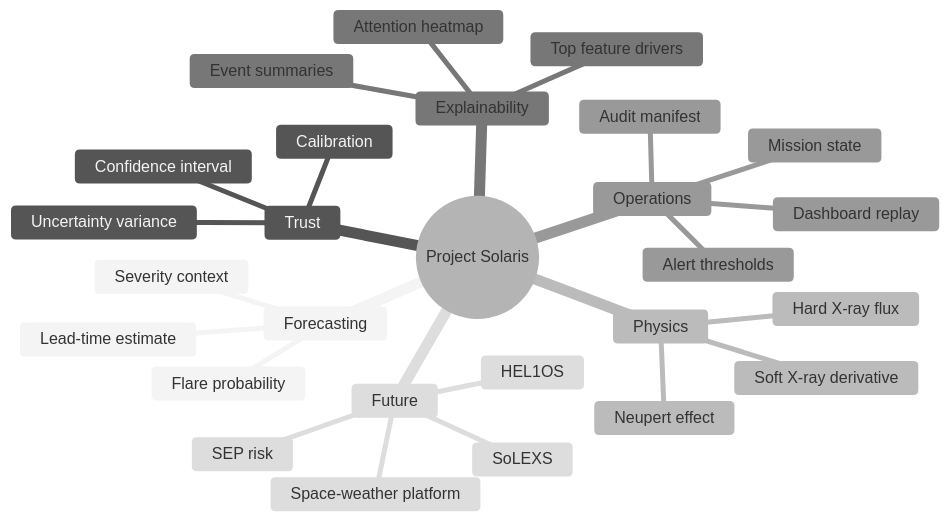
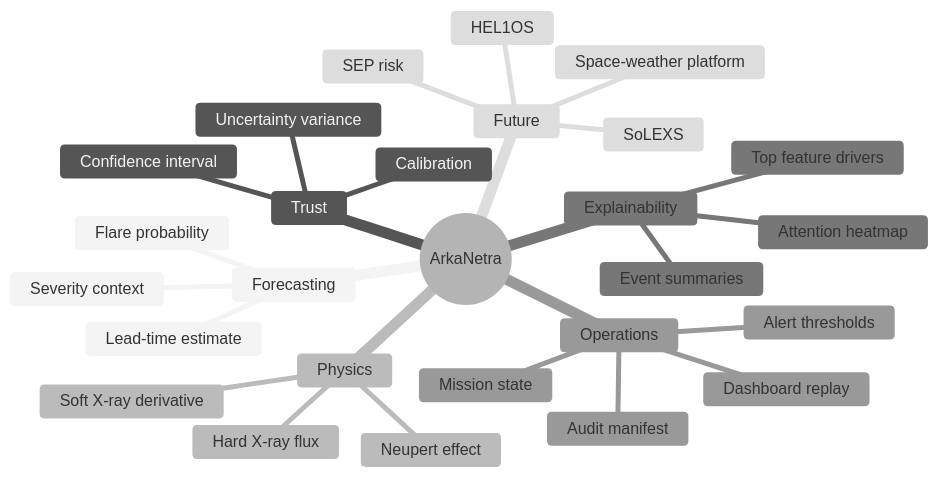
Diagram 13 of 13 in explanation.md (RavaniRoshan/arka-netra), drawn with Mermaid (neutral theme) before and after one commit. The commit also changed other lines of this file and 153 other files, not shown here.

Commit message:
Rename Project Solaris to ArkaNetra across the entire repo

````diff
--- a/explanation.md
+++ b/explanation.md
@@ -344,30 +344,30 @@
 ```mermaid
 mindmap
-  root((Project Solaris))
+  root((ArkaNetra))
     Forecasting
       Flare probability
       Lead-time estimate
       Severity context
     Trust
       Confidence interval
       Uncertainty variance
       Calibration
     Physics
       Soft X-ray derivative
       Hard X-ray flux
       Neupert effect
     Explainability
       Top feature drivers
       Attention heatmap
       Event summaries
     Operations
       Mission state
       Alert thresholds
       Audit manifest
       Dashboard replay
     Future
       SoLEXS
       HEL1OS
       SEP risk
       Space-weather platform
 ```
````
